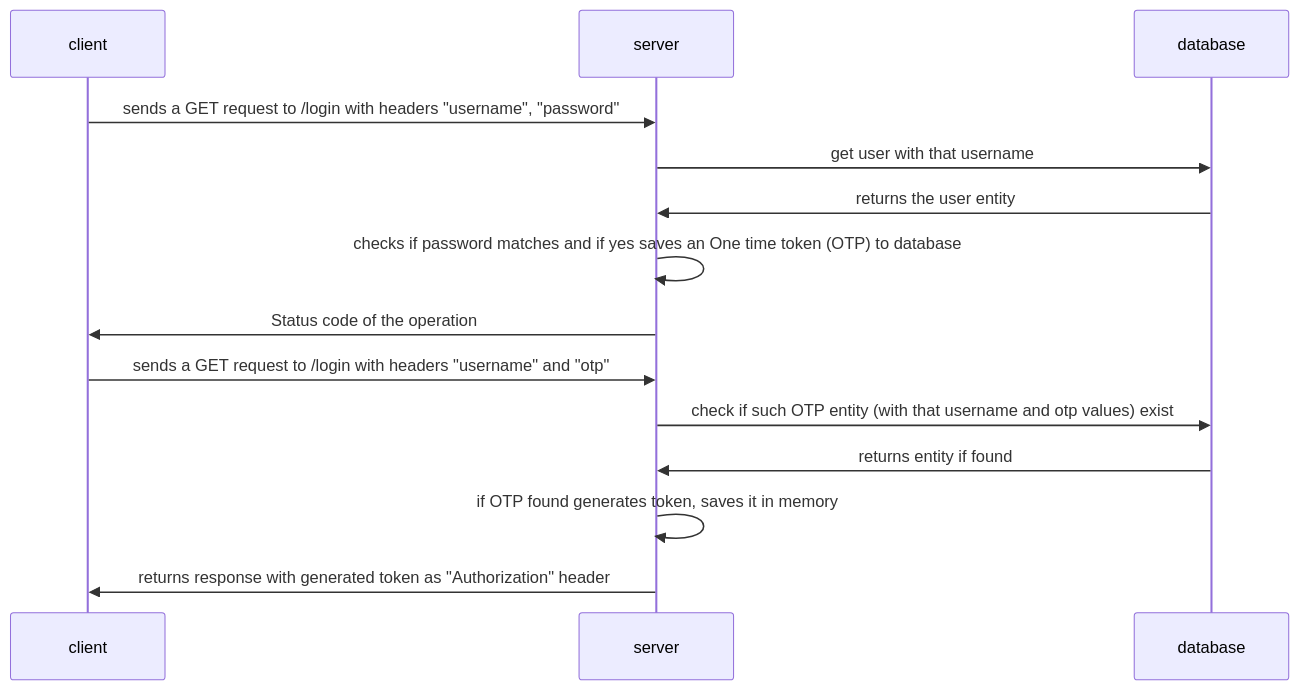
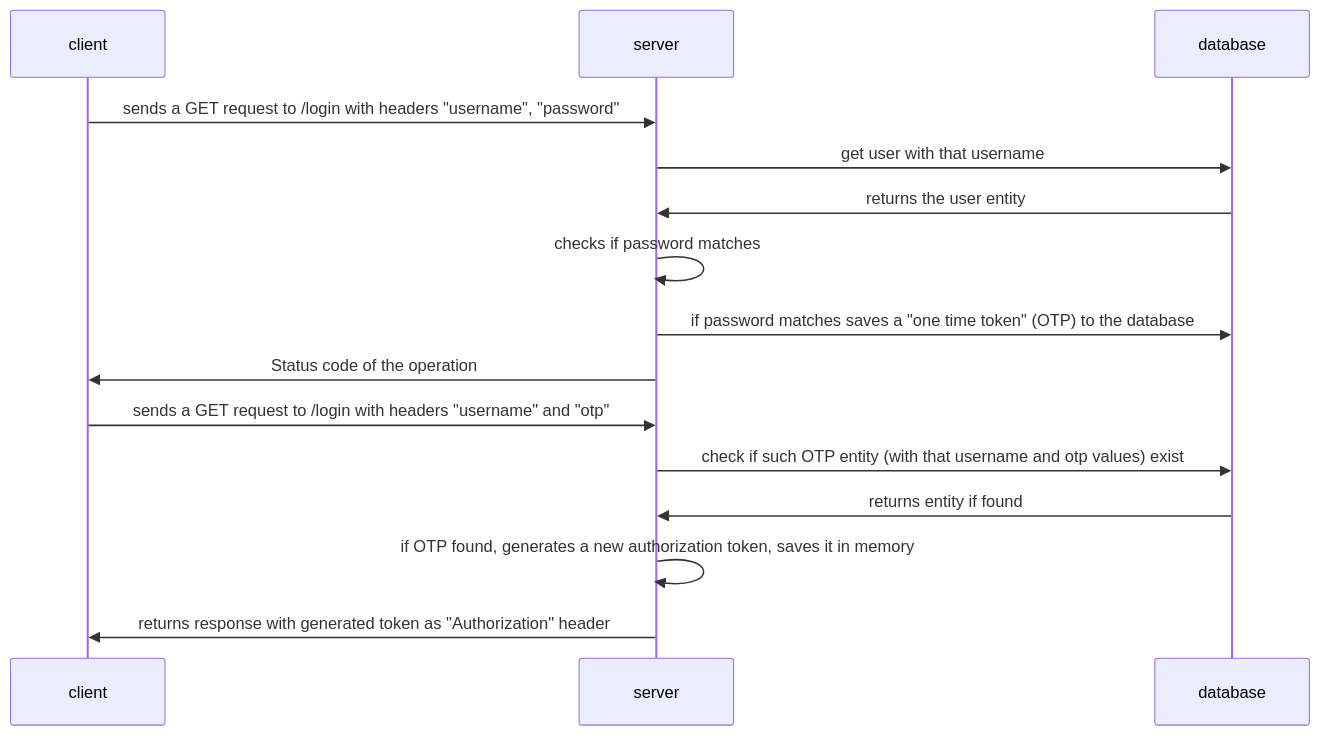
One commit to asgarov1/spring_security_implementations changed the diagram in README.md. Above: the diagram before and after it, drawn with Mermaid.

````diff
--- a/README.md
+++ b/README.md
@@ -4,16 +4,17 @@
 ```mermaid
 sequenceDiagram
     participant client
     participant server
     participant database
     client->>server: sends a GET request to /login with headers "username", "password"
     server->>database: get user with that username
     database->>server: returns the user entity
-    server->>server: checks if password matches and if yes saves an One time token (OTP) to database
+    server->>server: checks if password matches
+    server->>database: if password matches saves a "one time token" (OTP) to the database
     server->>client: Status code of the operation
     client->>server: sends a GET request to /login with headers "username" and "otp"
     server->>database: check if such OTP entity (with that username and otp values) exist
     database->>server: returns entity if found
-    server->>server: if OTP found generates token, saves it in memory
+    server->>server: if OTP found, generates a new authorization token, saves it in memory
     server->>client: returns response with generated token as "Authorization" header
 ```
````
